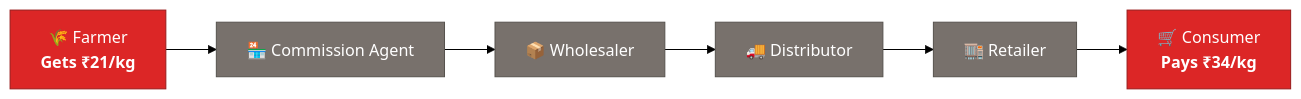
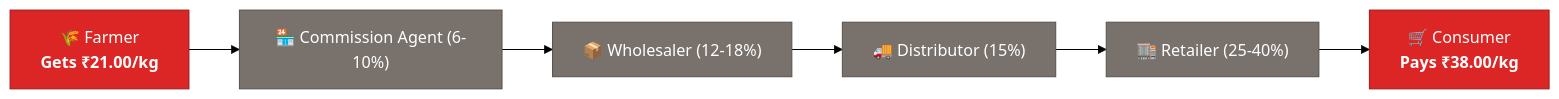
Before and after one commit to killerdaku22/Team-Catalyst: the first of 4 diagrams in README.md, drawn with Mermaid (forest theme). The commit also changed other lines of this file, not shown here.

````diff
--- a/README.md
+++ b/README.md
@@ -56,15 +55,15 @@
 ```mermaid
 graph LR
-    A["🌾 Farmer<br/><b>Gets ₹21/kg</b>"] --> B["🏪 Commission Agent"]
-    B --> C["📦 Wholesaler"]
-    C --> D["🚚 Distributor"]
-    D --> E["🏬 Retailer"]
-    E --> F["🛒 Consumer<br/><b>Pays ₹34/kg</b>"]
+    A["🌾 Farmer<br/><b>Gets ₹21.00/kg</b>"] --> B["🏪 Commission Agent (6-10%)"]
+    B --> C["📦 Wholesaler (12-18%)"]
+    C --> D["🚚 Distributor (15%)"]
+    D --> E["🏬 Retailer (25-40%)"]
+    E --> F["🛒 Consumer<br/><b>Pays ₹38.00/kg</b>"]
     
     style A fill:#dc2626,stroke:#991b1b,color:#fff
     style F fill:#dc2626,stroke:#991b1b,color:#fff
     style B fill:#78716c,stroke:#57534e,color:#fff
     style C fill:#78716c,stroke:#57534e,color:#fff
     style D fill:#78716c,stroke:#57534e,color:#fff
     style E fill:#78716c,stroke:#57534e,color:#fff
 ```
````
